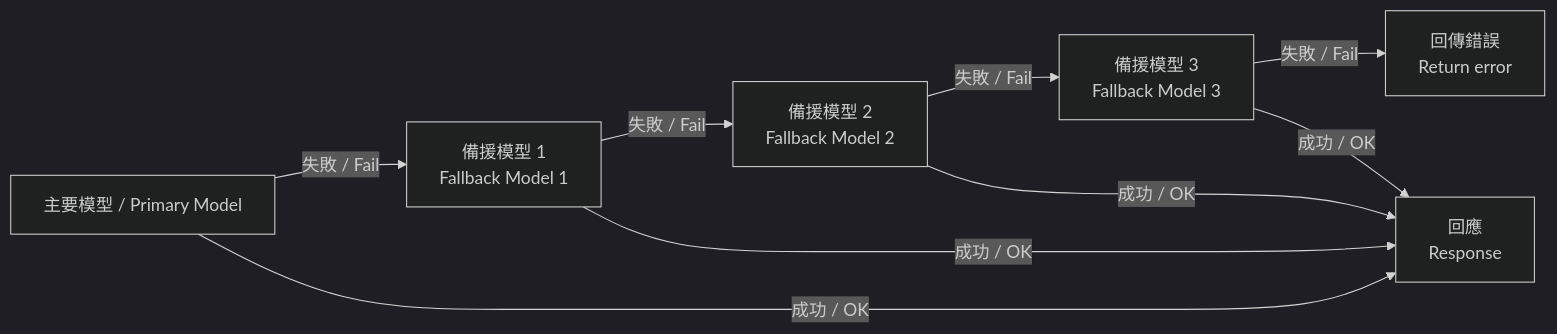
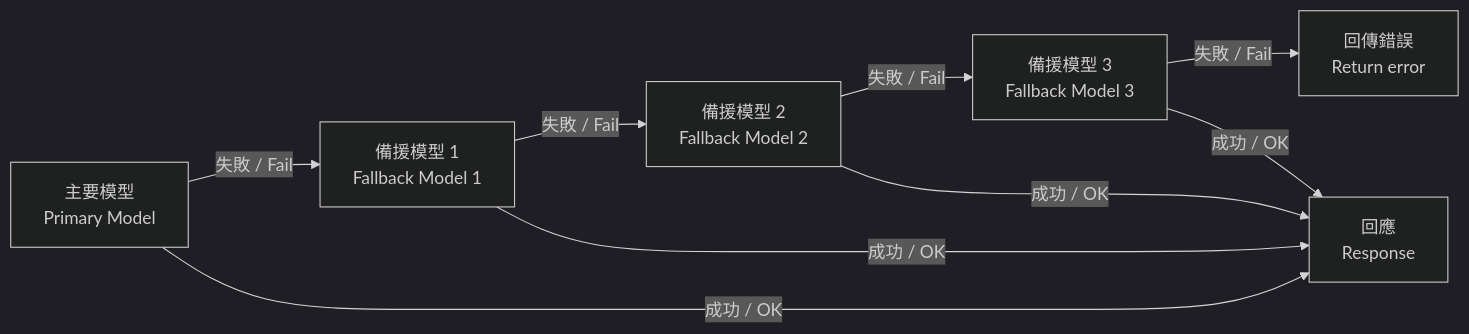
Before and after one commit to KoukeNeko/KoukeBOT: the third of 4 diagrams in README.md, drawn with Mermaid (dark theme). The commit also changed other lines of this file, not shown here.

Commit message:
docs: enhance README with improved mermaid diagrams and formatting

````diff
--- a/README.md
+++ b/README.md
@@ -112,11 +88,11 @@
 ```mermaid
 flowchart LR
-  P["主要模型 / Primary Model"] -->|"失敗 / Fail"| F1["備援模型 1\nFallback Model 1"]
-  F1 -->|"失敗 / Fail"| F2["備援模型 2\nFallback Model 2"]
-  F2 -->|"失敗 / Fail"| F3["備援模型 3\nFallback Model 3"]
-  F3 -->|"失敗 / Fail"| ERR["回傳錯誤\nReturn error"]
-  P -->|"成功 / OK"| OK["回應\nResponse"]
+  P["主要模型<br/>Primary Model"] -->|"失敗 / Fail"| F1["備援模型 1<br/>Fallback Model 1"]
+  F1 -->|"失敗 / Fail"| F2["備援模型 2<br/>Fallback Model 2"]
+  F2 -->|"失敗 / Fail"| F3["備援模型 3<br/>Fallback Model 3"]
+  F3 -->|"失敗 / Fail"| ERR["回傳錯誤<br/>Return error"]
+  P -->|"成功 / OK"| OK["回應<br/>Response"]
   F1 -->|"成功 / OK"| OK
   F2 -->|"成功 / OK"| OK
   F3 -->|"成功 / OK"| OK
 ```
````
